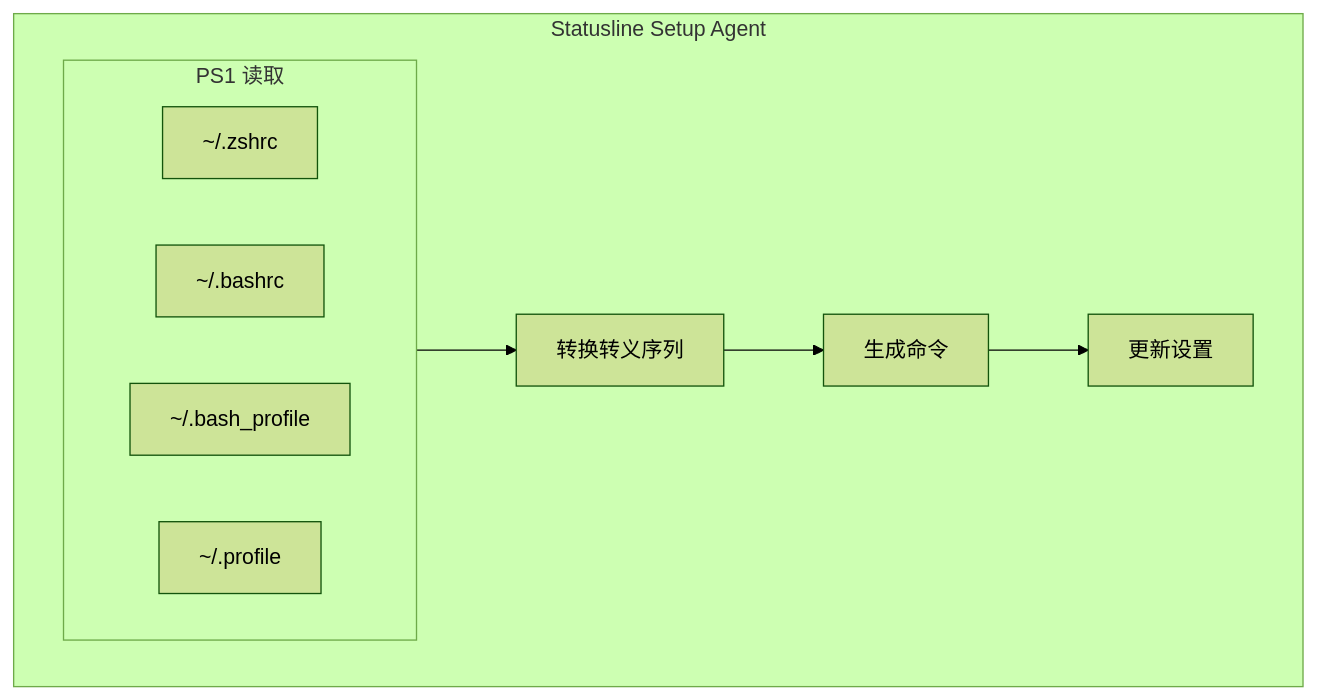
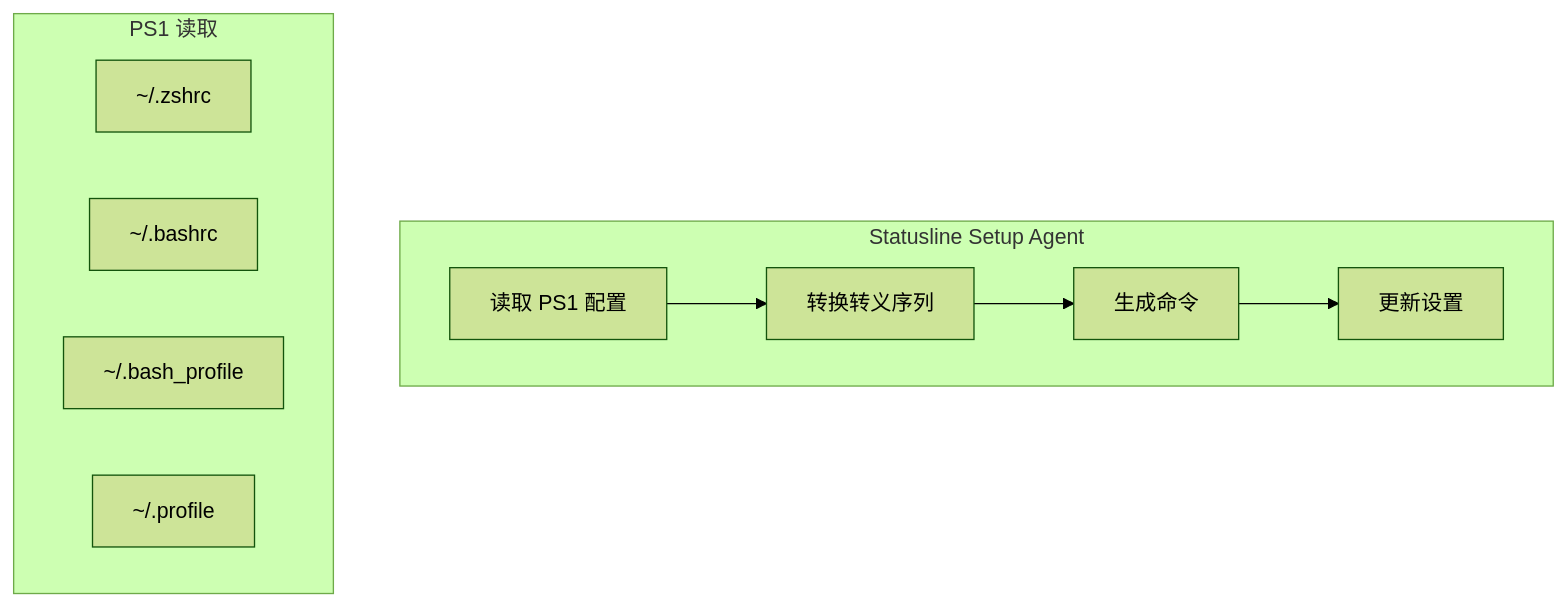
Before and after one commit to niuma996/claude-code-sourcemap-wiki: the first of 2 diagrams in .nium-wiki/wiki/agent/built-in/statusline-setup-agent.md, drawn with Mermaid (forest theme). The commit also changed 1976 other files, not shown here.

````diff
--- a/.nium-wiki/wiki/agent/built-in/statusline-setup-agent.md
+++ b/.nium-wiki/wiki/agent/built-in/statusline-setup-agent.md
@@ -33,18 +33,18 @@
 ```mermaid
 flowchart TB
     subgraph StatuslineSetup["Statusline Setup Agent"]
         PS1Read["读取 PS1 配置"]
         Convert["转换转义序列"]
         Generate["生成命令"]
         Update["更新设置"]
     end
-    subgraph PS1Read["PS1 读取"]
+    subgraph PS1Read_sub["PS1 读取"]
         Zshrc["~/.zshrc"]
         Bashrc["~/.bashrc"]
         BashProfile["~/.bash_profile"]
         Profile["~/.profile"]
     end
     PS1Read --> Convert
     Convert --> Generate
     Generate --> Update
 ```
````
